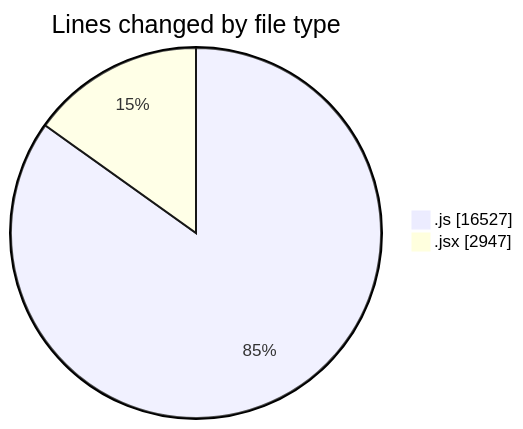
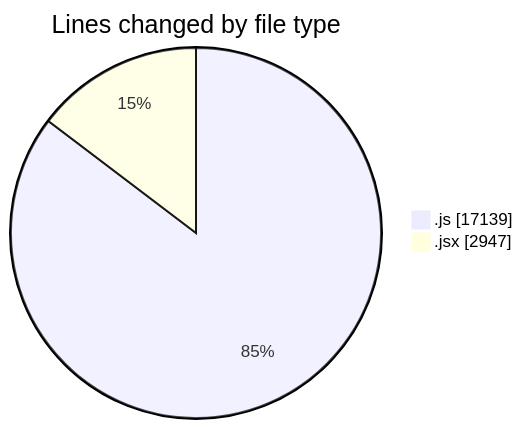
The first of 2 diagrams in 2025-09-26/nxtqube_webapp/README.md (nxtqubesakshisongat/code-tracking), drawn with Mermaid before and after one commit. The commit also changed other lines of this file and 1 other file, not shown here.

````diff
--- a/2025-09-26/nxtqube_webapp/README.md
+++ b/2025-09-26/nxtqube_webapp/README.md
@@ -27,6 +27,6 @@
 ```mermaid
 pie showData
 title Lines changed by file type
-".js" : 16527
+".js" : 17139
 ".jsx" : 2947
 ```
````
